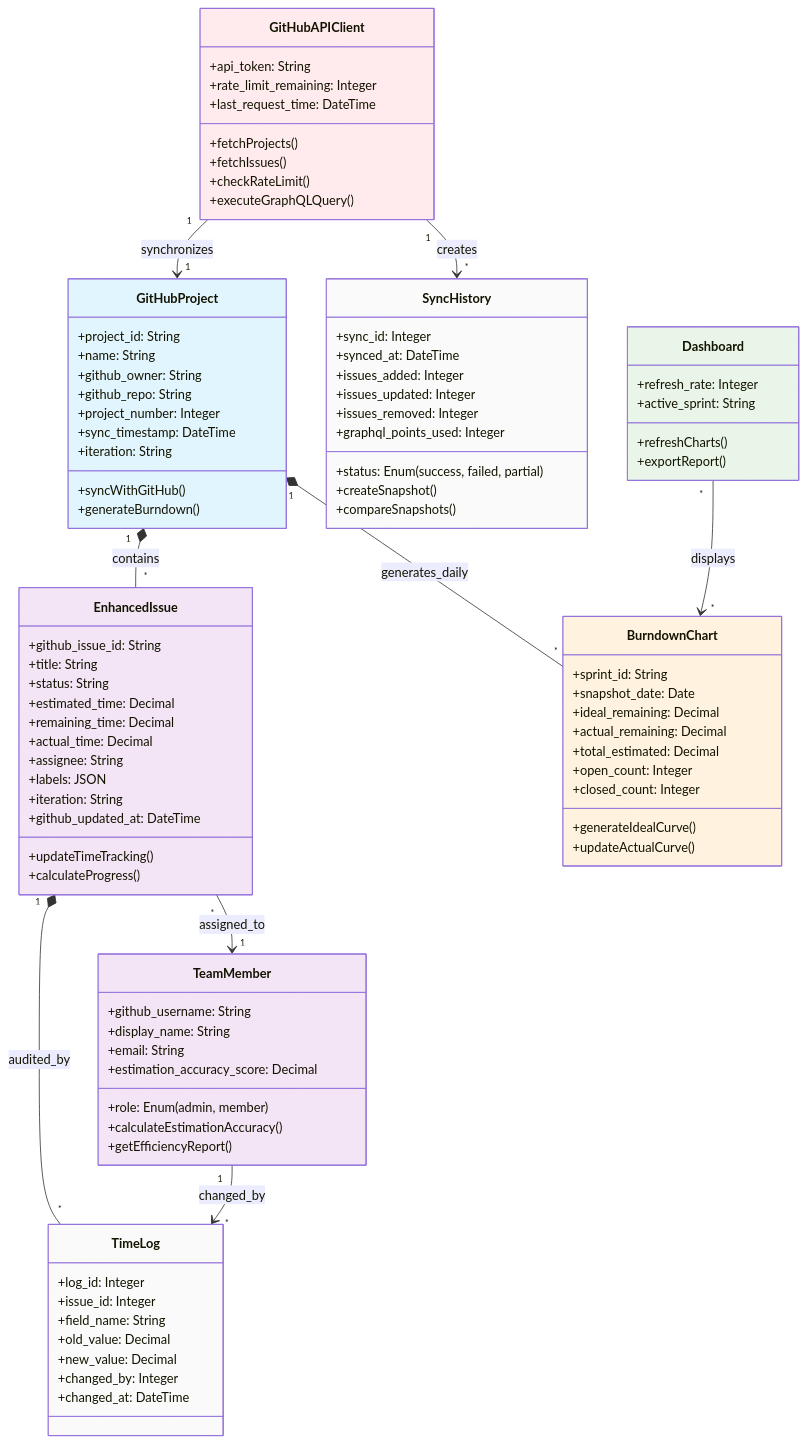
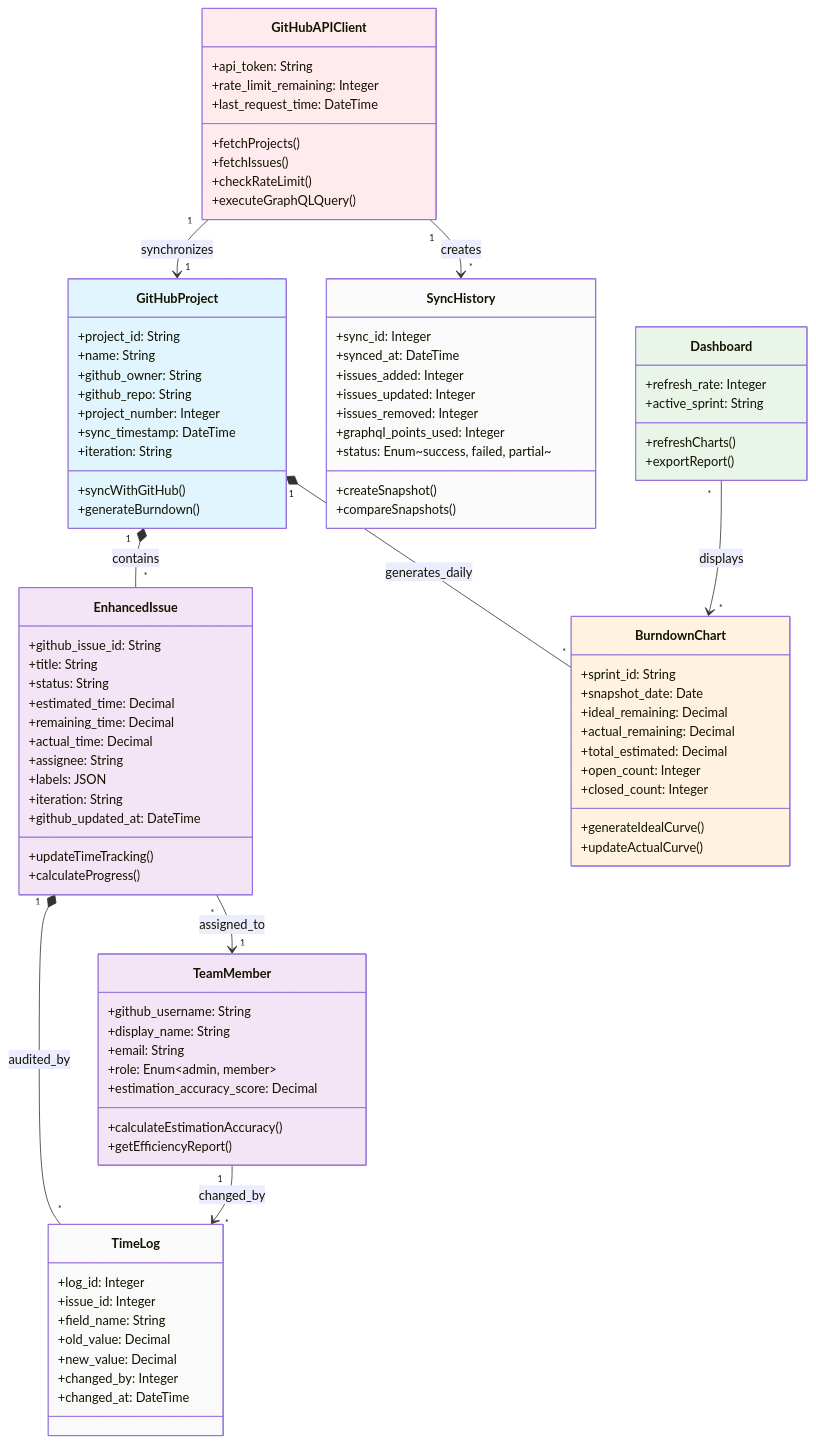
The diagram in OrgDocument/orgModel/01 - Scrum Master Support Process/domain-model.md (zhongadamwang/GitHubProjectAssistant), drawn with Mermaid before and after one commit. The commit also changed 9 other files, not shown here.

Commit message:
Fix diagram errors

```diff
--- a/OrgDocument/orgModel/01 - Scrum Master Support Process/domain-model.md
+++ b/OrgDocument/orgModel/01 - Scrum Master Support Process/domain-model.md
@@ -57,7 +57,7 @@
         +github_username: String
         +display_name: String
         +email: String
-        +role: Enum(admin, member)
+        +role: Enum~admin, member~
         +estimation_accuracy_score: Decimal
         +calculateEstimationAccuracy()
         +getEfficiencyReport()
@@ -70,7 +70,7 @@
         +issues_updated: Integer
         +issues_removed: Integer
         +graphql_points_used: Integer
-        +status: Enum(success, failed, partial)
+        +status: Enum~success, failed, partial~
         +createSnapshot()
         +compareSnapshots()
     }
```
